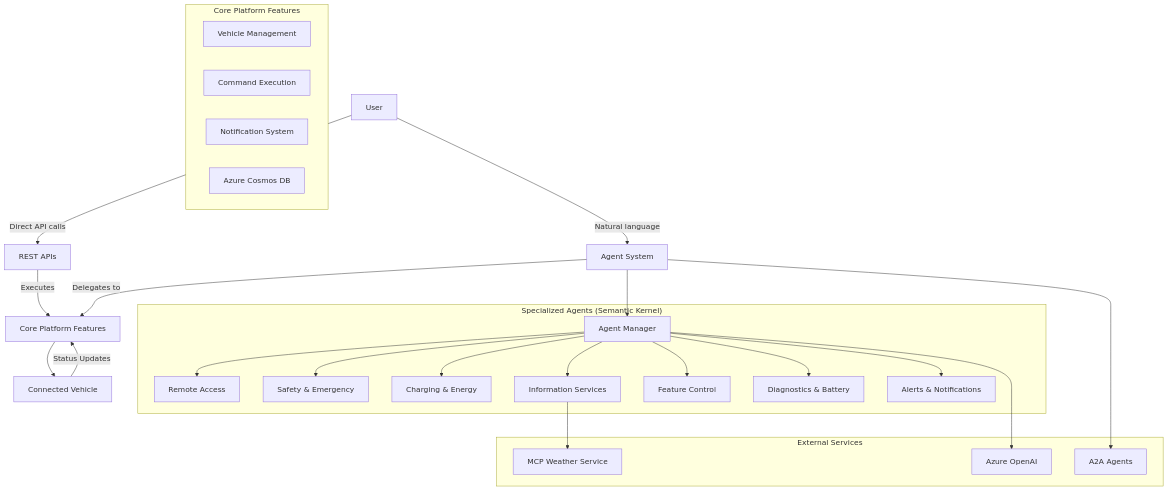
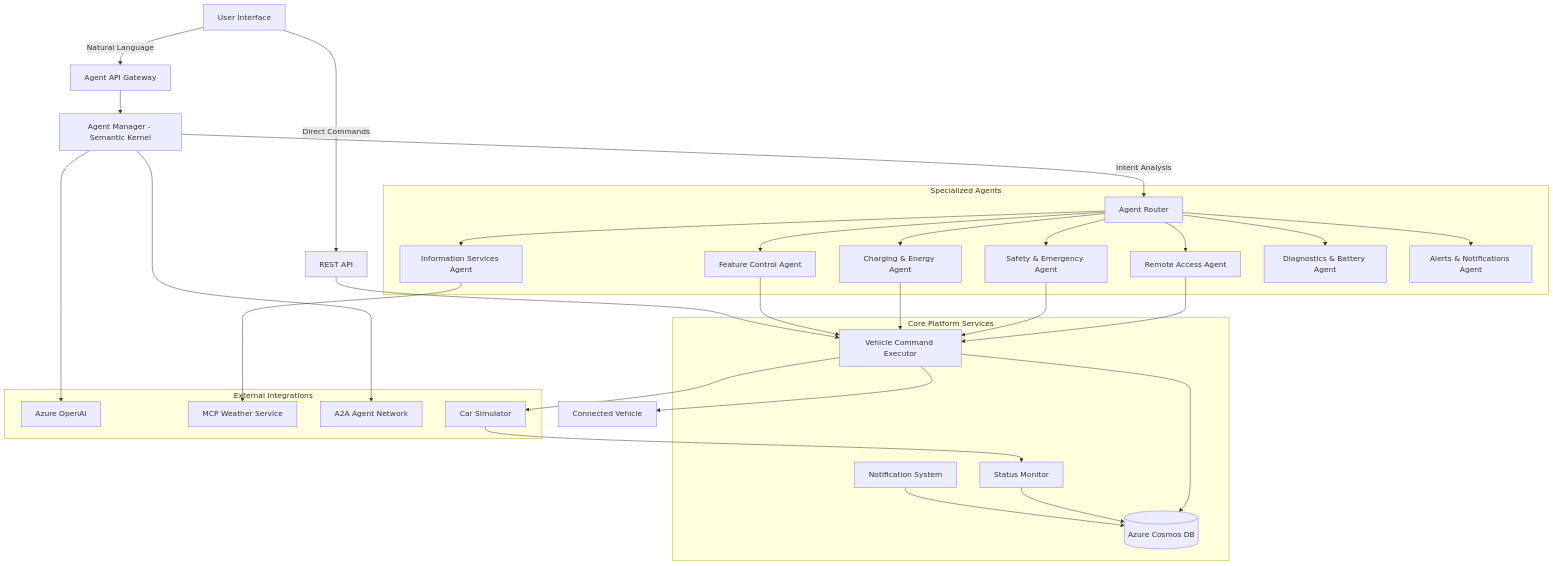
The first of 2 diagrams in README.md (kimtth/agentic-connected-vehicle-platform), drawn with Mermaid before and after one commit. The commit also changed other lines of this file and 16 other files, not shown here.

````diff
--- a/README.md
+++ b/README.md
@@ -41,40 +81,51 @@
 ```mermaid
 graph TD
-    User[User] --> |Direct API calls| API[REST APIs]
-    User --> |Natural language| AGS[Agent System]
+    User[User Interface] --> |Natural Language| API[Agent API Gateway]
+    User --> |Direct Commands| REST[REST API]
     
-    API --> |Executes| Core[Core Platform Features]
-    AGS --> |Delegates to| Core
+    API --> Manager[Agent Manager - Semantic Kernel]
+    Manager --> |Intent Analysis| Router[Agent Router]
     
-    subgraph "Core Platform Features"
-        VehMgmt[Vehicle Management]
-        CmdExec[Command Execution]
-        NotifSys[Notification System]
-        CosmosDB[Azure Cosmos DB]
+    subgraph "Specialized Agents"
+        Router --> RA[Remote Access Agent]
+        Router --> SE[Safety & Emergency Agent]
+        Router --> CE[Charging & Energy Agent]
+        Router --> IS[Information Services Agent]
+        Router --> FC[Feature Control Agent]
+        Router --> DB[Diagnostics & Battery Agent]
+        Router --> AN[Alerts & Notifications Agent]
     end
     
-    AGS --> AM[Agent Manager]
-    
-    subgraph "Specialized Agents (Semantic Kernel)"
-        AM --> RA[Remote Access]
-        AM --> SE[Safety & Emergency]
-        AM --> CE[Charging & Energy]
-        AM --> IS[Information Services]
-        AM --> FC[Feature Control]
-        AM --> DB[Diagnostics & Battery]
-        AM --> AN[Alerts & Notifications]
+    subgraph "Core Platform Services"
+        Core[Vehicle Command Executor]
+        Status[Status Monitor]
+        Notif[Notification System]
+        Cosmos[(Azure Cosmos DB)]
     end
     
-    subgraph "External Services"
+    subgraph "External Integrations"
+        AzureAI[Azure OpenAI]
         MCP[MCP Weather Service]
-        Azure[Azure OpenAI]
-        A2A[A2A Agents]
+        A2A[A2A Agent Network]
+        Simulator[Car Simulator]
     end
     
+    RA --> Core
+    SE --> Core
+    CE --> Core
+    FC --> Core
+    
+    Manager --> AzureAI
     IS --> MCP
-    AM --> Azure
-    AGS --> A2A
+    Manager --> A2A
     
+    Core --> Cosmos
+    Status --> Cosmos
+    Notif --> Cosmos
+    
+    Core --> Simulator
+    Simulator --> Status
+    
+    REST --> Core
     Core --> Vehicle[Connected Vehicle]
-    Vehicle --> |Status Updates| Core
 ```
````
